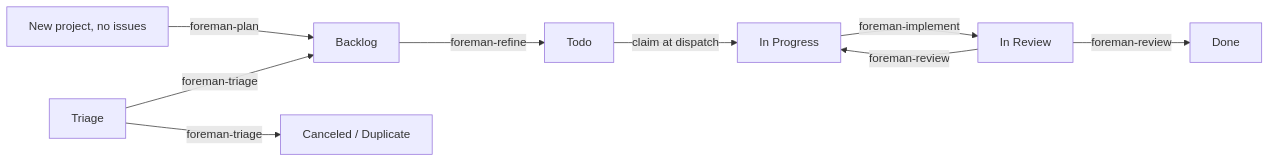
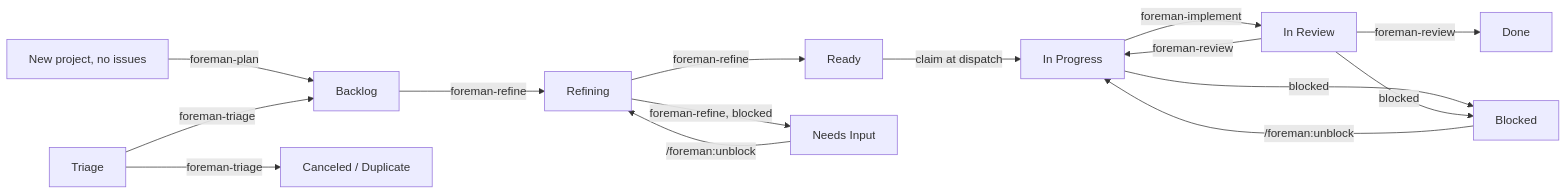
Before and after one commit to andyhite/foreman: the diagram in README.md, drawn with Mermaid. The commit also changed other lines of this file and 62 other files, not shown here.

````diff
--- a/README.md
+++ b/README.md
@@ -15,11 +15,17 @@
 ```mermaid
 flowchart LR
     N[New project, no issues] -->|foreman-plan| B[Backlog]
     T[Triage] -->|foreman-triage| B
     T -->|foreman-triage| X[Canceled / Duplicate]
-    B -->|foreman-refine| R[Todo]
-    R -->|claim at dispatch| P[In Progress]
+    B -->|foreman-refine| RF[Refining]
+    RF -->|foreman-refine| RE[Ready]
+    RF -->|foreman-refine, blocked| NI[Needs Input]
+    NI -->|/foreman:unblock| RF
+    RE -->|claim at dispatch| P[In Progress]
     P -->|foreman-implement| V[In Review]
+    P -->|blocked| BL[Blocked]
+    BL -->|/foreman:unblock| P
     V -->|foreman-review| D[Done]
     V -->|foreman-review| P
+    V -->|blocked| BL
 ```
````
